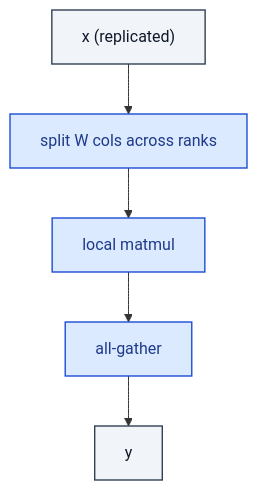
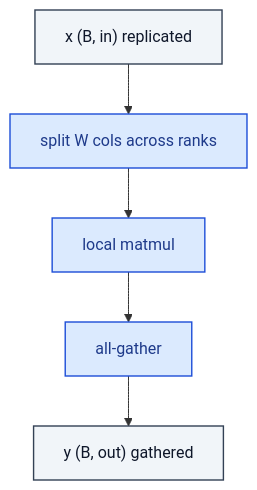
The diagram in efficient/ColumnParallelLinear.md (RealityShifts/Srivastava-book-of-Blocks-diagrams), drawn with Mermaid before and after one commit. The commit also changed 123 other files, not shown here.

````diff
--- a/efficient/ColumnParallelLinear.md
+++ b/efficient/ColumnParallelLinear.md
@@ -7,21 +7,22 @@
 ```mermaid
 flowchart TD
-    n0_0["x  (replicated)"]:::io
+    n0_0["x  (B, in)  replicated"]:::io
     n1_0["split W cols across ranks"]:::op
     n2_0["local matmul"]:::op
     n3_0["all-gather"]:::op
-    n4_0["y"]:::io
+    n4_0["y  (B, out)  gathered"]:::io
     n0_0 --> n1_0
     n1_0 --> n2_0
     n2_0 --> n3_0
     n3_0 --> n4_0
     classDef io fill:#f1f5f9,stroke:#334155,stroke-width:1.4px,color:#0f172a
     classDef op fill:#dbeafe,stroke:#1d4ed8,stroke-width:1.4px,color:#1e3a8a
     classDef norm fill:#dcfce7,stroke:#15803d,stroke-width:1.4px,color:#14532d
     classDef act fill:#ffedd5,stroke:#c2410c,stroke-width:1.4px,color:#7c2d12
     classDef attn fill:#ede9fe,stroke:#6d28d9,stroke-width:1.4px,color:#4c1d95
     classDef merge fill:#fef3c7,stroke:#b45309,stroke-width:1.4px,color:#78350f
     classDef emb fill:#fef9c3,stroke:#a16207,stroke-width:1.4px,color:#713f12
     classDef loss fill:#fee2e2,stroke:#b91c1c,stroke-width:1.4px,color:#7f1d1d
     classDef ctrl fill:#f5f5f4,stroke:#52525b,stroke-width:1.4px,color:#27272a
+    classDef ref fill:#e0f2fe,stroke:#0369a1,stroke-width:2px,color:#0c4a6e,stroke-dasharray: 4 2
 ```
````
